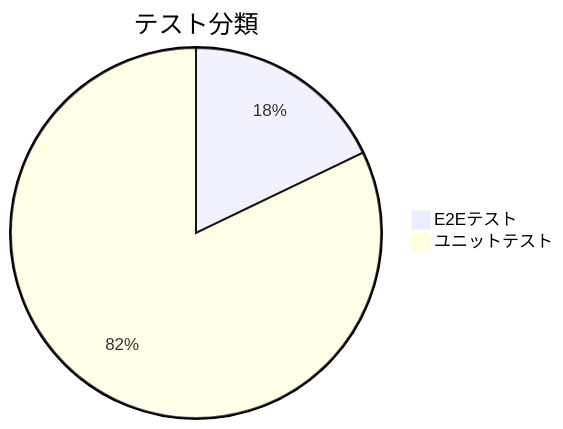
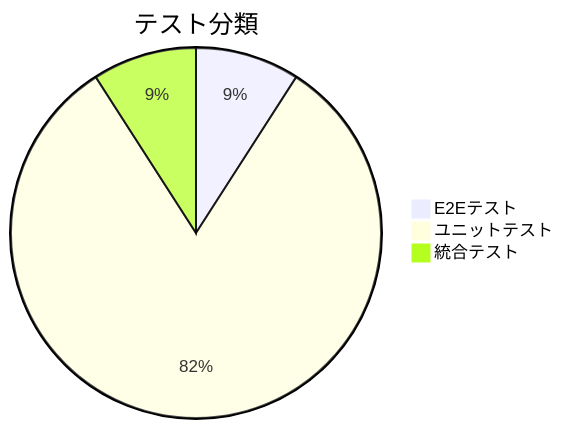
Before and after one commit to Ibar-Aki/solar-aldrin: the sixth of 16 diagrams in apps/v2-modern/docs/00_overview/00_Master_Technical_Reference.md, drawn with Mermaid. The commit also changed other lines of this file and 5 other files, not shown here.

````diff
--- a/apps/v2-modern/docs/00_overview/00_Master_Technical_Reference.md
+++ b/apps/v2-modern/docs/00_overview/00_Master_Technical_Reference.md
@@ -550,5 +617,6 @@
 ```mermaid
 pie title テスト分類
     "E2Eテスト" : 5
-    "ユニットテスト" : 23
+    "ユニットテスト" : 45
+    "統合テスト" : 5
 ```
````
